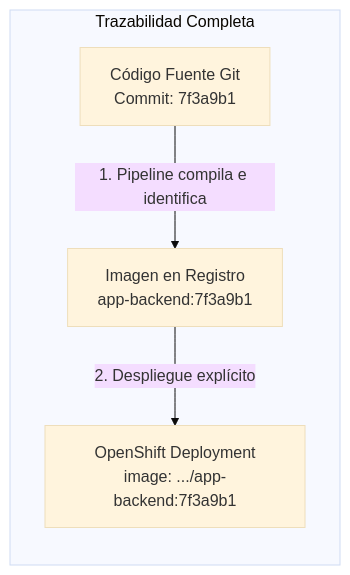
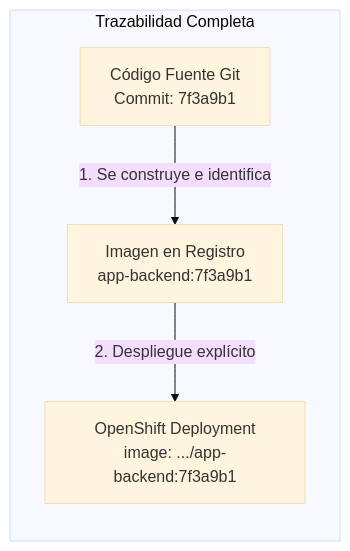
The fourth of 6 diagrams in docs/sesion4/4.4 Registro, gestión y seguridad de imágenes.md (ieftraining/curso-openshift), drawn with Mermaid (base theme) before and after one commit. The commit also changed other lines of this file, not shown here.

````diff
--- a/docs/sesion4/4.4 Registro, gestión y seguridad de imágenes.md
+++ b/docs/sesion4/4.4 Registro, gestión y seguridad de imágenes.md
@@ -127,7 +111,7 @@
 ```mermaid
 flowchart LR
     subgraph Trazabilidad Completa
-        A[Código Fuente Git<br>Commit: 7f3a9b1] -->|1. Pipeline compila e identifica| B[Imagen en Registro<br>app-backend:7f3a9b1]
+        A[Código Fuente Git<br>Commit: 7f3a9b1] -->|1. Se construye e identifica| B[Imagen en Registro<br>app-backend:7f3a9b1]
         B -->|2. Despliegue explícito| C[OpenShift Deployment<br>image: .../app-backend:7f3a9b1]
     end
 ```
````
